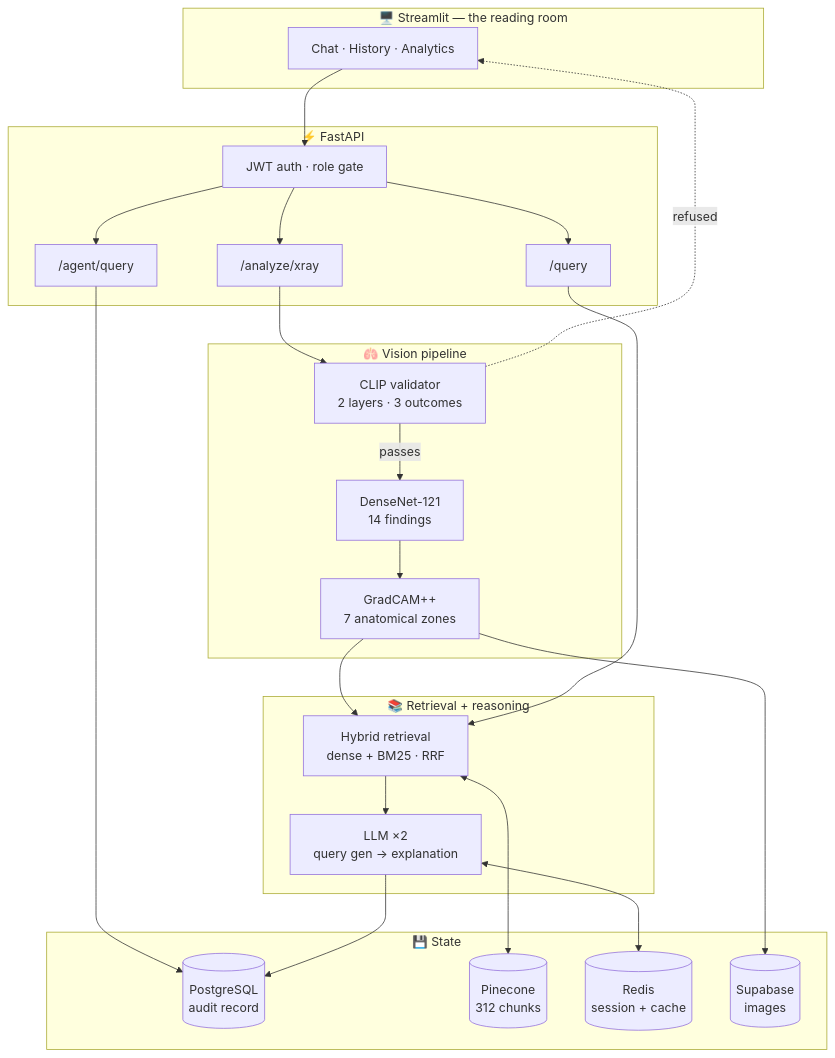
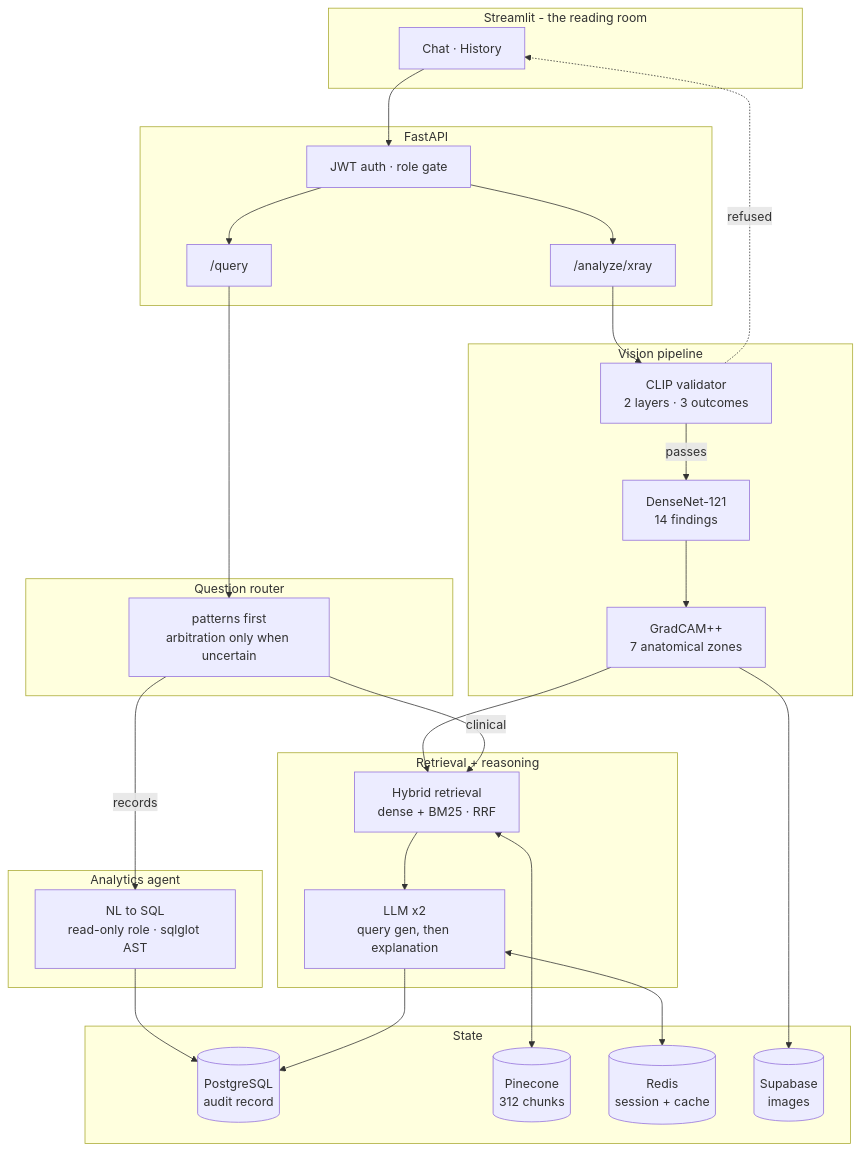
Before and after one commit to Nauviii/Thoragrid: the first of 2 diagrams in README.md, drawn with Mermaid. The commit also changed other lines of this file, not shown here.

````diff
--- a/README.md
+++ b/README.md
@@ -233,41 +347,49 @@
 ```mermaid
 flowchart TB
-    subgraph Client["🖥️  Streamlit — the reading room"]
-        UI["Chat · History · Analytics"]
+    subgraph Client["Streamlit - the reading room"]
+        UI["Chat · History"]
     end
 
-    subgraph API["⚡  FastAPI"]
+    subgraph API["FastAPI"]
         AUTH["JWT auth · role gate"]
         IMG["/analyze/xray"]
         TXT["/query"]
-        AGT["/agent/query"]
     end
 
-    subgraph Vision["🫁  Vision pipeline"]
+    subgraph Route["Question router"]
+        R["patterns first<br/>arbitration only when uncertain"]
+    end
+
+    subgraph Vision["Vision pipeline"]
         CLIP["CLIP validator<br/>2 layers · 3 outcomes"]
         CNN["DenseNet-121<br/>14 findings"]
         CAM["GradCAM++<br/>7 anatomical zones"]
     end
 
-    subgraph Knowledge["📚  Retrieval + reasoning"]
+    subgraph Knowledge["Retrieval + reasoning"]
         HYB["Hybrid retrieval<br/>dense + BM25 · RRF"]
-        LLM["LLM ×2<br/>query gen → explanation"]
+        LLM["LLM x2<br/>query gen, then explanation"]
     end
 
-    subgraph Data["💾  State"]
+    subgraph Agent["Analytics agent"]
+        SQL["NL to SQL<br/>read-only role · sqlglot AST"]
+    end
+
+    subgraph Data["State"]
         PG[("PostgreSQL<br/>audit record")]
         PC[("Pinecone<br/>312 chunks")]
         RD[("Redis<br/>session + cache")]
         S3[("Supabase<br/>images")]
     end
 
-    UI --> AUTH --> IMG & TXT & AGT
+    UI --> AUTH --> IMG & TXT
     IMG --> CLIP -->|passes| CNN --> CAM --> HYB --> LLM
     CLIP -.->|refused| UI
-    TXT --> HYB
-    AGT --> PG
+    TXT --> R
+    R -->|clinical| HYB
+    R -->|records| SQL --> PG
     LLM --> PG
     HYB <--> PC
     LLM <--> RD
     CAM --> S3
 ```
````
